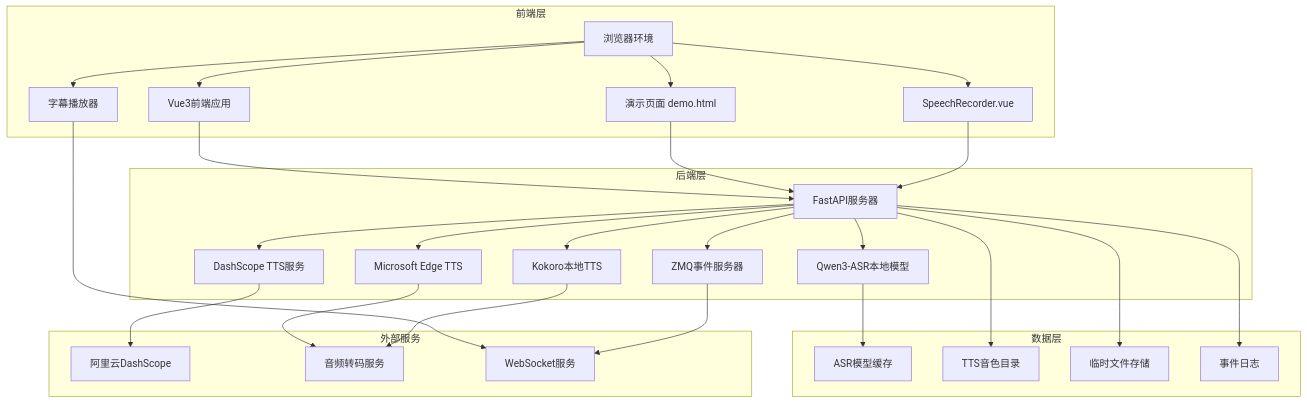
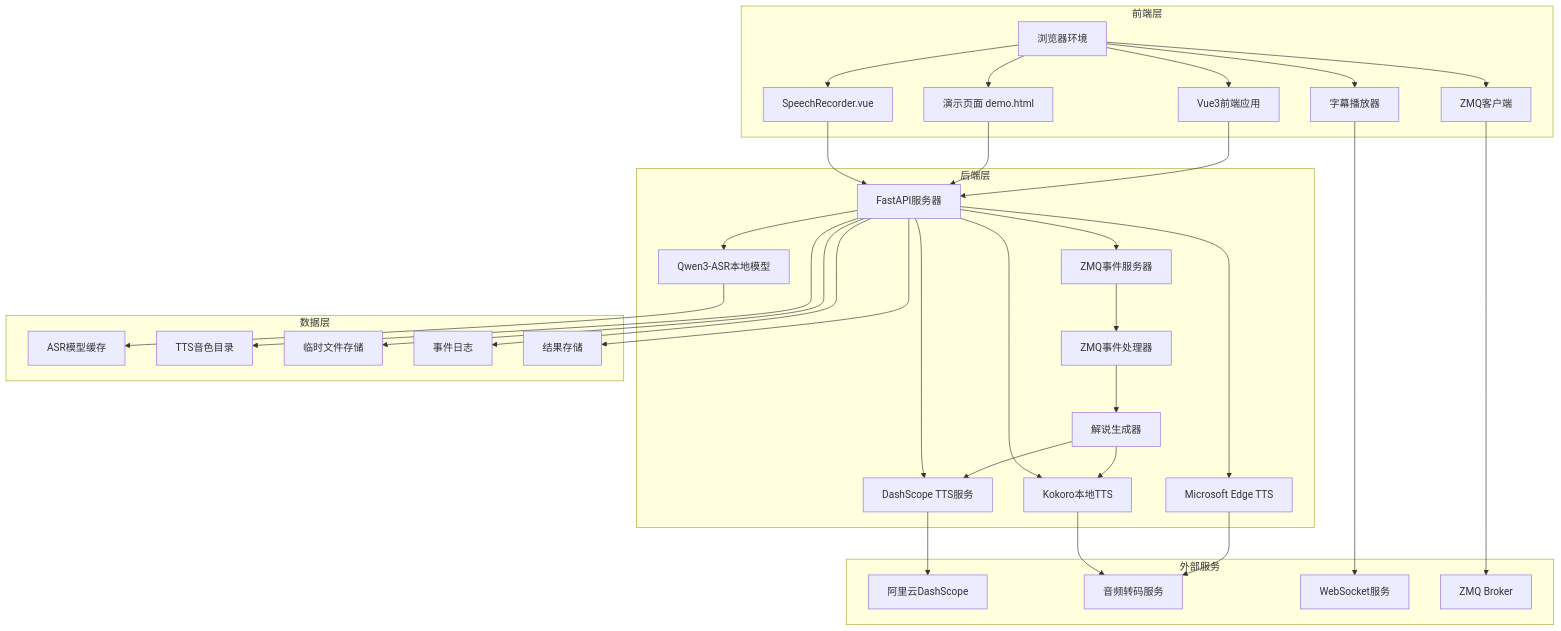
Before and after one commit to 1024dashen/Vue3Speech: the first of 9 diagrams in .qoder/repowiki/zh/content/项目概述.md, drawn with Mermaid. The commit also changed other lines of this file and 29 other files, not shown here.

````diff
--- a/.qoder/repowiki/zh/content/项目概述.md
+++ b/.qoder/repowiki/zh/content/项目概述.md
@@ -86,50 +92,61 @@
 ```mermaid
 graph TB
 subgraph "前端层"
 Vue3[Vue3前端应用]
 DemoPage[演示页面 demo.html]
 Recorder[SpeechRecorder.vue]
 Browser[浏览器环境]
 SubtitlePlayer[字幕播放器]
+ZMQClient[ZMQ客户端]
 end
 subgraph "后端层"
 FastAPI[FastAPI服务器]
 ASR[Qwen3-ASR本地模型]
 TTS[DashScope TTS服务]
 EdgeTTS[Microsoft Edge TTS]
 KokoroTTS[Kokoro本地TTS]
 ZMQServer[ZMQ事件服务器]
+EventProcessor[ZMQ事件处理器]
+NarrationGenerator[解说生成器]
 end
 subgraph "数据层"
 ModelCache[ASR模型缓存]
 VoiceCatalog[TTS音色目录]
 TempFiles[临时文件存储]
 EventLog[事件日志]
+Results[结果存储]
 end
 subgraph "外部服务"
 DashScope[阿里云DashScope]
 FFmpeg[音频转码服务]
 WebSocket[WebSocket服务]
+ZMQBroker[ZMQ Broker]
 end
 Browser --> Vue3
 Browser --> DemoPage
 Browser --> Recorder
 Browser --> SubtitlePlayer
+Browser --> ZMQClient
 Vue3 --> FastAPI
 DemoPage --> FastAPI
 Recorder --> FastAPI
 SubtitlePlayer --> WebSocket
+ZMQClient --> ZMQBroker
+ZMQServer --> EventProcessor
+EventProcessor --> NarrationGenerator
+NarrationGenerator --> TTS
+NarrationGenerator --> KokoroTTS
 FastAPI --> ASR
 FastAPI --> TTS
 FastAPI --> EdgeTTS
 FastAPI --> KokoroTTS
-ZMQServer --> WebSocket
 FastAPI --> ZMQServer
 ASR --> ModelCache
 TTS --> DashScope
 EdgeTTS --> FFmpeg
 KokoroTTS --> FFmpeg
 FastAPI --> VoiceCatalog
 FastAPI --> TempFiles
 FastAPI --> EventLog
+FastAPI --> Results
 ```
````
